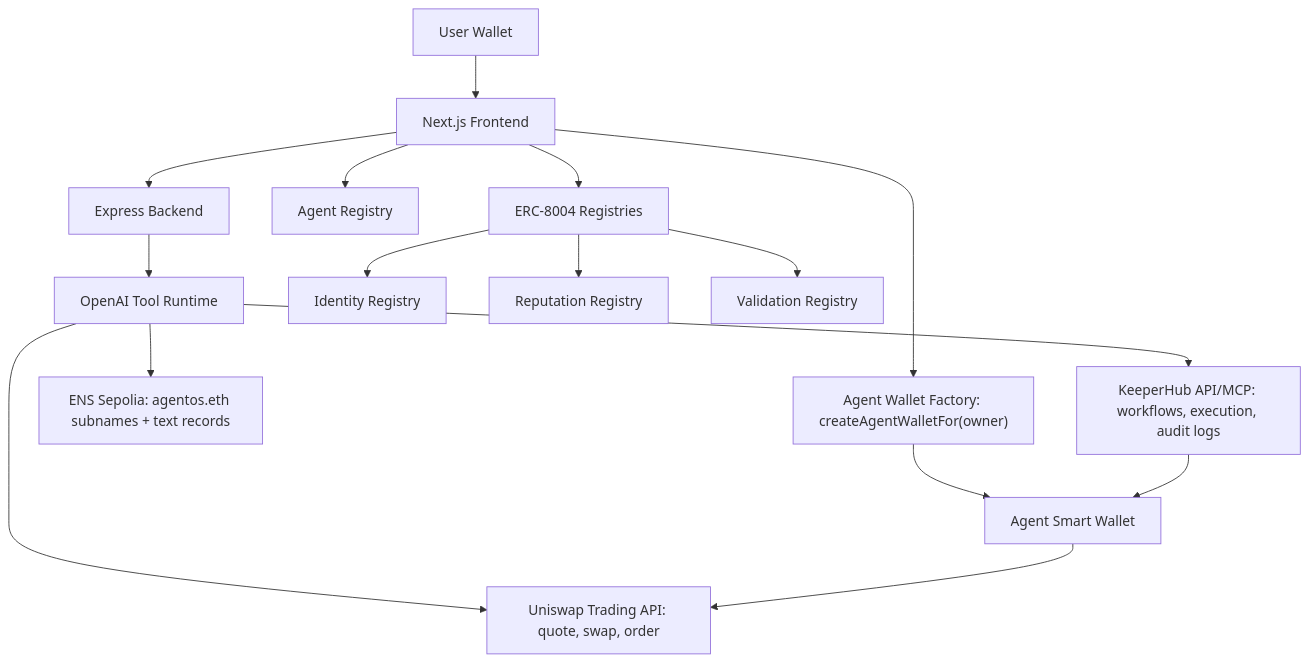
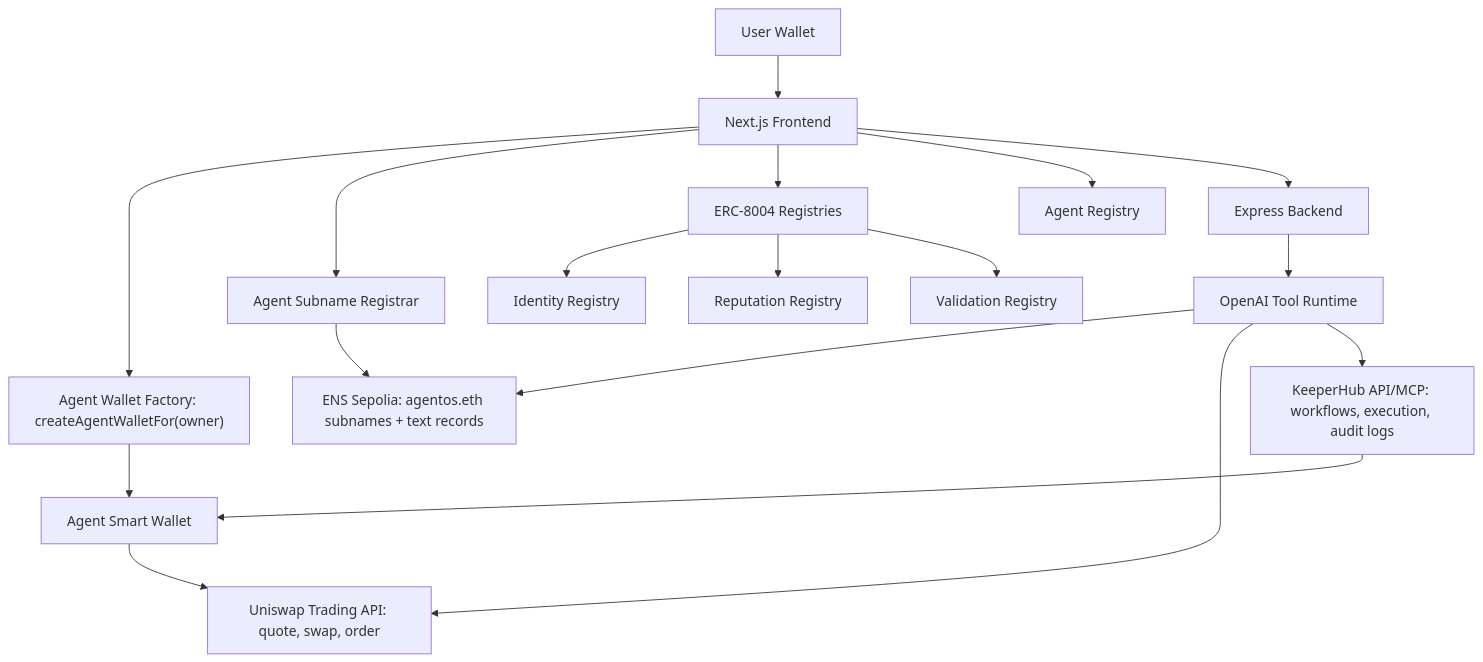
One commit to NikhilRaikwar/AgentOS changed the diagram in README.md. Above: the diagram before and after it, drawn with Mermaid. The commit also changed other lines of this file and 9 other files, not shown here.

First line of the commit message:
feat: add ENS subname registrar

````diff
--- a/README.md
+++ b/README.md
@@ -19,18 +19,20 @@
 ```mermaid
 flowchart TD
   U["User Wallet"] --> F["Next.js Frontend"]
   F --> FAC["Agent Wallet Factory: createAgentWalletFor(owner)"]
+  F --> ENSREG["Agent Subname Registrar"]
   F --> R["ERC-8004 Registries"]
   F --> AR["Agent Registry"]
   F --> B["Express Backend"]
   B --> O["OpenAI Tool Runtime"]
   O --> ENS["ENS Sepolia: agentos.eth subnames + text records"]
   O --> UNI["Uniswap Trading API: quote, swap, order"]
   O --> KH["KeeperHub API/MCP: workflows, execution, audit logs"]
   FAC --> W["Agent Smart Wallet"]
+  ENSREG --> ENS
   W --> UNI
   KH --> W
   R --> ID["Identity Registry"]
   R --> REP["Reputation Registry"]
   R --> VAL["Validation Registry"]
 ```
````
